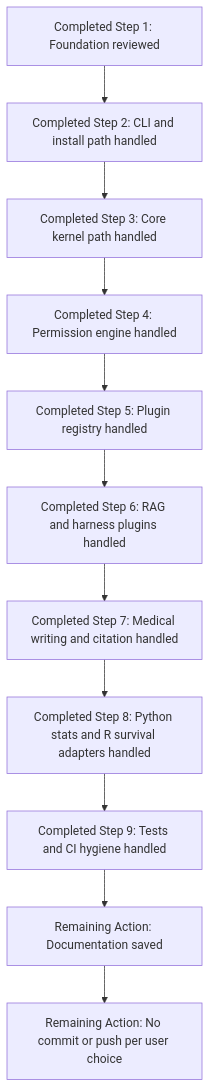
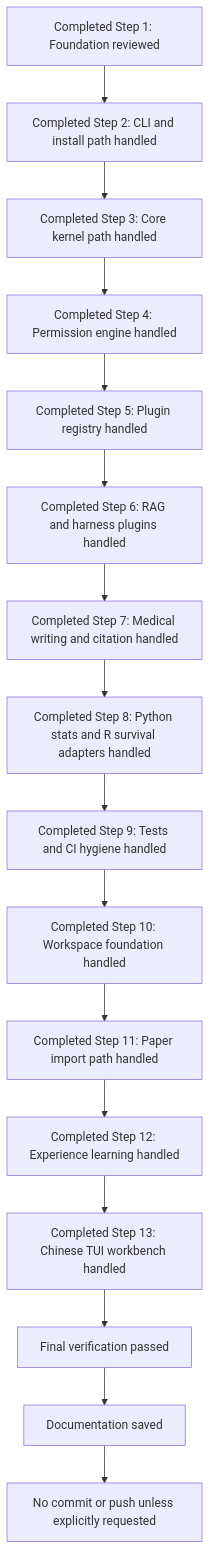
The second of 2 diagrams in Architecture/ExecutionRoadmap.md (KarasawaYikiho/SuperMedicine), drawn with Mermaid before and after one commit. The commit also changed other lines of this file and 47 other files, not shown here.

Commit message:
feat: add workspace research tools and TUI workflows

````diff
--- a/Architecture/ExecutionRoadmap.md
+++ b/Architecture/ExecutionRoadmap.md
@@ -70,13 +83,18 @@
 ```mermaid
 flowchart TD
     completed1["Completed Step 1: Foundation reviewed"] --> completed2["Completed Step 2: CLI and install path handled"]
     completed2 --> completed3["Completed Step 3: Core kernel path handled"]
     completed3 --> completed4["Completed Step 4: Permission engine handled"]
     completed4 --> completed5["Completed Step 5: Plugin registry handled"]
     completed5 --> completed6["Completed Step 6: RAG and harness plugins handled"]
     completed6 --> completed7["Completed Step 7: Medical writing and citation handled"]
     completed7 --> completed8["Completed Step 8: Python stats and R survival adapters handled"]
     completed8 --> completed9["Completed Step 9: Tests and CI hygiene handled"]
-    completed9 --> docs["Remaining Action: Documentation saved"]
-    docs --> hold["Remaining Action: No commit or push per user choice"]
+    completed9 --> completed10["Completed Step 10: Workspace foundation handled"]
+    completed10 --> completed11["Completed Step 11: Paper import path handled"]
+    completed11 --> completed12["Completed Step 12: Experience learning handled"]
+    completed12 --> completed13["Completed Step 13: Chinese TUI workbench handled"]
+    completed13 --> verified["Final verification passed"]
+    verified --> docs["Documentation saved"]
+    docs --> hold["No commit or push unless explicitly requested"]
 ```
````
